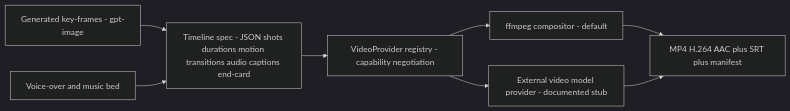
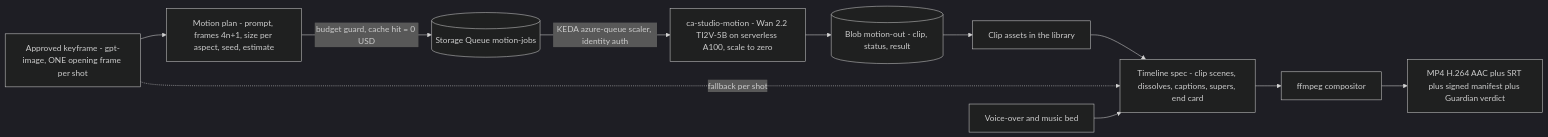
The seventh of 13 diagrams in 02-commercial-studio-marketing/ARCHITECTURE.md (mifurm/DarkFactories), drawn with Mermaid (dark theme) before and after one commit. The commit also changed other lines of this file and 12322 other files, not shown here.

````diff
--- a/02-commercial-studio-marketing/ARCHITECTURE.md
+++ b/02-commercial-studio-marketing/ARCHITECTURE.md
@@ -307,10 +307,13 @@
 ```mermaid
 flowchart LR
-  SPEC["Timeline spec - JSON shots durations motion transitions audio captions end-card"] --> REG["VideoProvider registry - capability negotiation"]
-  REG --> FF["ffmpeg compositor - default"]
-  REG --> EXT["External video model provider - documented stub"]
-  FF --> OUT["MP4 H.264 AAC plus SRT plus manifest"]
-  EXT --> OUT
-  GEN["Generated key-frames - gpt-image"] --> SPEC
+  KF["Approved keyframe - gpt-image, ONE opening frame per shot"] --> MP["Motion plan - prompt, frames 4n+1, size per aspect, seed, estimate"]
+  MP -->|"budget guard, cache hit = 0 USD"| Q[("Storage Queue motion-jobs")]
+  Q -->|"KEDA azure-queue scaler, identity auth"| GPU["ca-studio-motion - Wan 2.2 TI2V-5B on serverless A100, scale to zero"]
+  GPU --> BL[("Blob motion-out - clip, status, result")]
+  BL --> CL["Clip assets in the library"]
+  CL --> SPEC["Timeline spec - clip scenes, dissolves, captions, supers, end card"]
+  KF -. "fallback per shot" .-> SPEC
   VO["Voice-over and music bed"] --> SPEC
+  SPEC --> FF["ffmpeg compositor"]
+  FF --> OUT["MP4 H.264 AAC plus SRT plus signed manifest plus Guardian verdict"]
 ```
````
